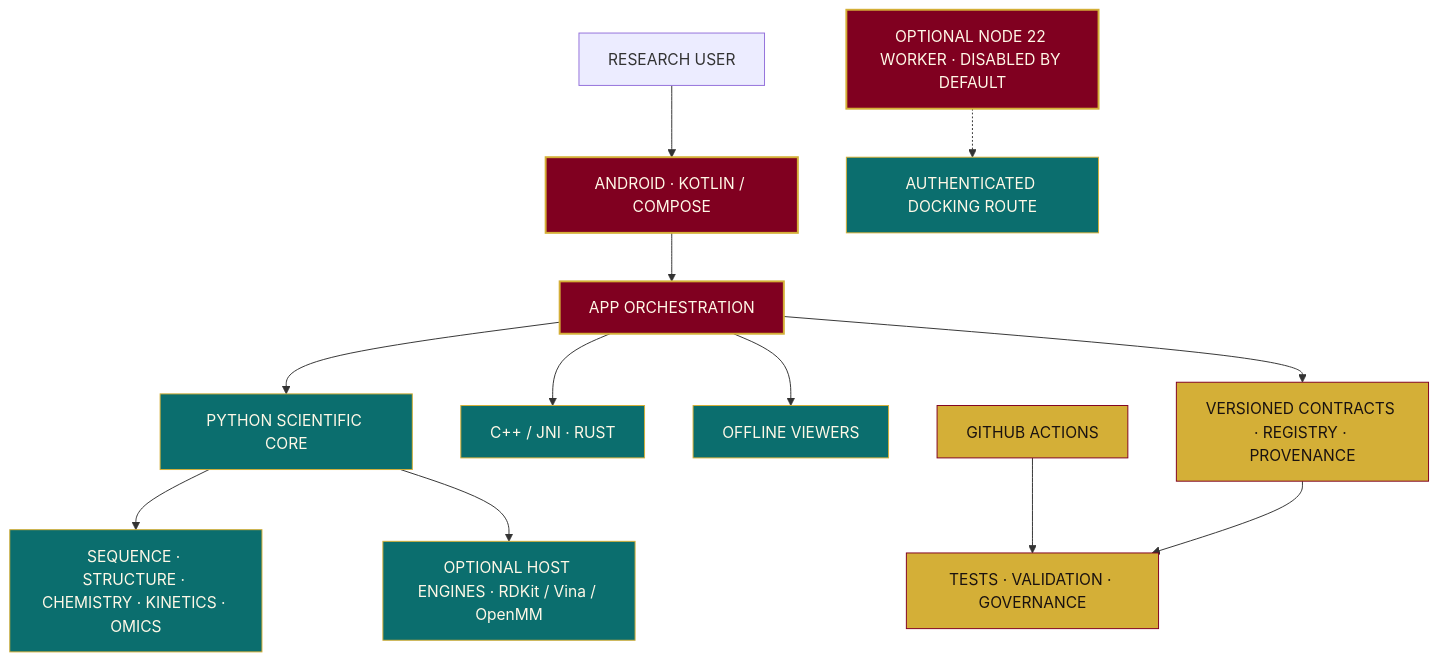
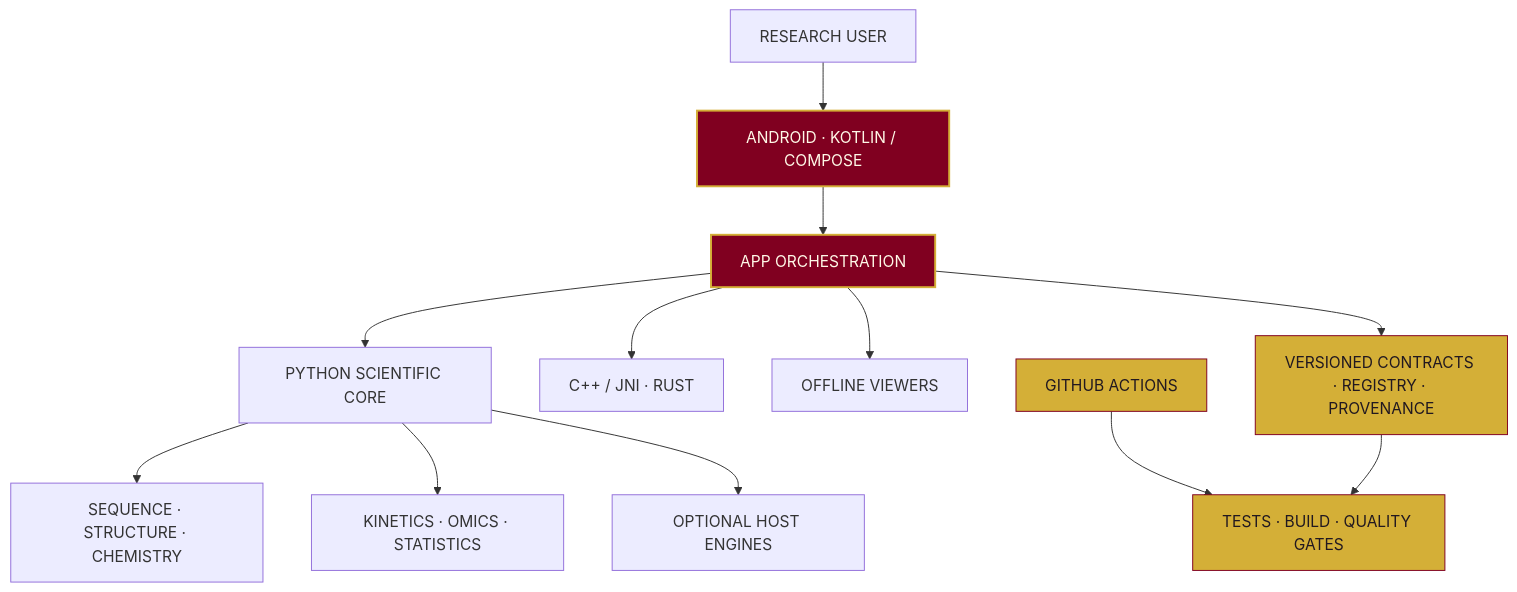
Before and after one commit to AssayFlux/Kinetics: the diagram in README.md, drawn with Mermaid. The commit also changed other lines of this file, not shown here.

Commit message:
Redesign README as concise royal scientific landing page

````diff
--- a/README.md
+++ b/README.md
@@ -188,20 +102,18 @@
 ```mermaid
 flowchart TD
-    USER["RESEARCH USER"] --> ANDROID["ANDROID · KOTLIN / COMPOSE"]
-    ANDROID --> APP["APP ORCHESTRATION"]
-    APP --> PY["PYTHON SCIENTIFIC CORE"]
-    APP --> NATIVE["C++ / JNI · RUST"]
-    APP --> VIEW["OFFLINE VIEWERS"]
-    APP --> CONTRACTS["VERSIONED CONTRACTS · REGISTRY · PROVENANCE"]
-    PY --> SCI["SEQUENCE · STRUCTURE · CHEMISTRY · KINETICS · OMICS"]
-    PY --> OPTIONAL["OPTIONAL HOST ENGINES · RDKit / Vina / OpenMM"]
-    NODE["OPTIONAL NODE 22 WORKER · DISABLED BY DEFAULT"] -.-> VINA["AUTHENTICATED DOCKING ROUTE"]
-    CI["GITHUB ACTIONS"] --> CHECKS["TESTS · VALIDATION · GOVERNANCE"]
-    CONTRACTS --> CHECKS
+    USER["RESEARCH USER"] --> APP["ANDROID · KOTLIN / COMPOSE"]
+    APP --> CORE["APP ORCHESTRATION"]
+    CORE --> PY["PYTHON SCIENTIFIC CORE"]
+    CORE --> NAT["C++ / JNI · RUST"]
+    CORE --> WEB["OFFLINE VIEWERS"]
+    PY --> DOM["SEQUENCE · STRUCTURE · CHEMISTRY"]
+    PY --> KIN["KINETICS · OMICS · STATISTICS"]
+    PY --> OPT["OPTIONAL HOST ENGINES"]
+    CORE --> CONTRACT["VERSIONED CONTRACTS · REGISTRY · PROVENANCE"]
+    CI["GITHUB ACTIONS"] --> QA["TESTS · BUILD · QUALITY GATES"]
+    CONTRACT --> QA
     classDef royal fill:#800020,color:#FFF8E7,stroke:#D4AF37,stroke-width:2px;
-    classDef gold fill:#D4AF37,color:#1A1210,stroke:#800020,stroke-width:1px;
-    classDef teal fill:#0B6E6E,color:#FFF8E7,stroke:#D4AF37,stroke-width:1px;
-    class ANDROID,APP,NODE royal;
-    class CONTRACTS,CHECKS,CI gold;
-    class PY,NATIVE,VIEW,SCI,OPTIONAL,VINA teal;
+    classDef gold fill:#D4AF37,color:#211820,stroke:#800020,stroke-width:1px;
+    class APP,CORE royal;
+    class CONTRACT,CI,QA gold;
 ```
````
